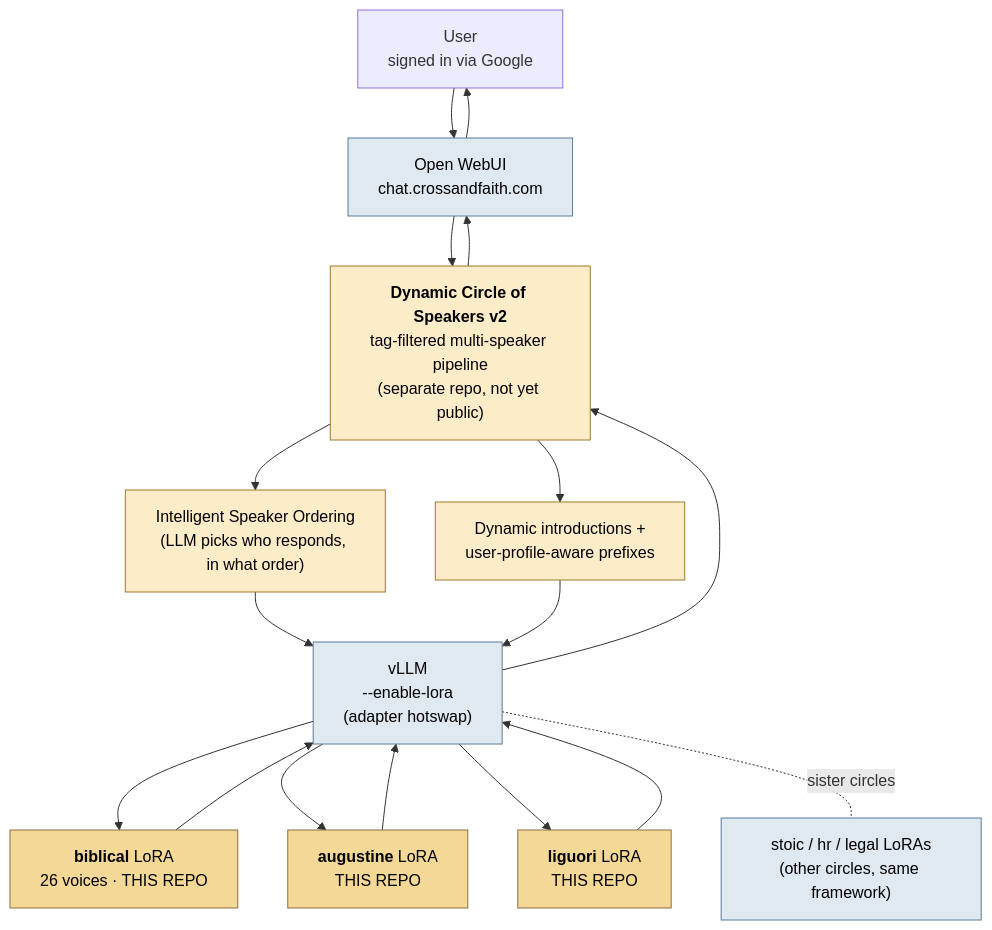
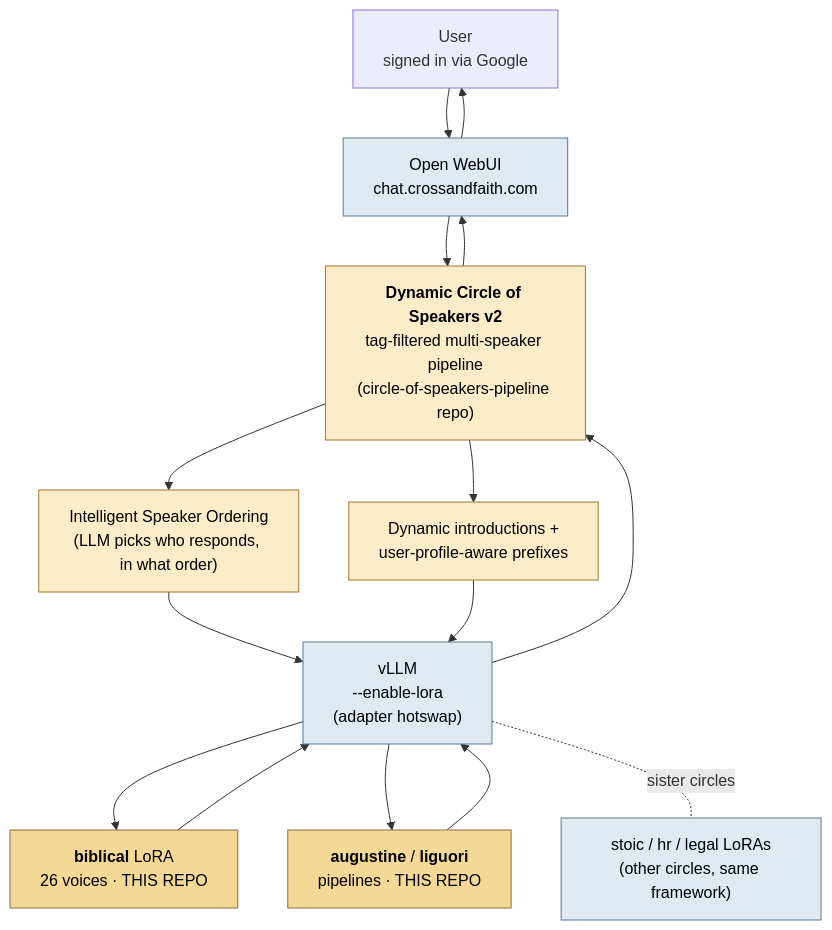
The first of 2 diagrams in README.md (beaudamore/biblical), drawn with Mermaid before and after one commit. The commit also changed other lines of this file, not shown here.

````diff
--- a/README.md
+++ b/README.md
@@ -21,30 +23,28 @@
 ```mermaid
 flowchart TD
     U[User<br/>signed in via Google] --> OW["Open WebUI<br/>chat.crossandfaith.com"]
-    OW --> CoS["<b>Dynamic Circle of Speakers v2</b><br/>tag-filtered multi-speaker pipeline<br/>(separate repo, not yet public)"]
+    OW --> CoS["<b>Dynamic Circle of Speakers v2</b><br/>tag-filtered multi-speaker pipeline<br/>(circle-of-speakers-pipeline repo)"]
 
     CoS --> ORD["Intelligent Speaker Ordering<br/>(LLM picks who responds, in what order)"]
     CoS --> INTRO["Dynamic introductions +<br/>user-profile-aware prefixes"]
 
     ORD --> V["vLLM<br/>--enable-lora<br/>(adapter hotswap)"]
     INTRO --> V
 
     V --> L1["<b>biblical</b> LoRA<br/>26 voices · THIS REPO"]
-    V --> L2["<b>augustine</b> LoRA<br/>THIS REPO"]
-    V --> L3["<b>liguori</b> LoRA<br/>THIS REPO"]
+    V --> L2["<b>augustine</b> / <b>liguori</b><br/>pipelines · THIS REPO"]
     V -. sister circles .- LX["stoic / hr / legal LoRAs<br/>(other circles, same framework)"]
 
     L1 --> V
     L2 --> V
-    L3 --> V
     V --> CoS
     CoS --> OW
     OW --> U
 
     classDef thisrepo fill:#f4d896,stroke:#8a6f3f,color:#000;
     classDef external fill:#e0e8f0,stroke:#5a7a9a,color:#000;
     classDef pipeline fill:#fdecc8,stroke:#a07a2a,color:#000;
-    class L1,L2,L3 thisrepo
+    class L1,L2 thisrepo
     class CoS,ORD,INTRO pipeline
     class OW,V,LX external
 ```
````
